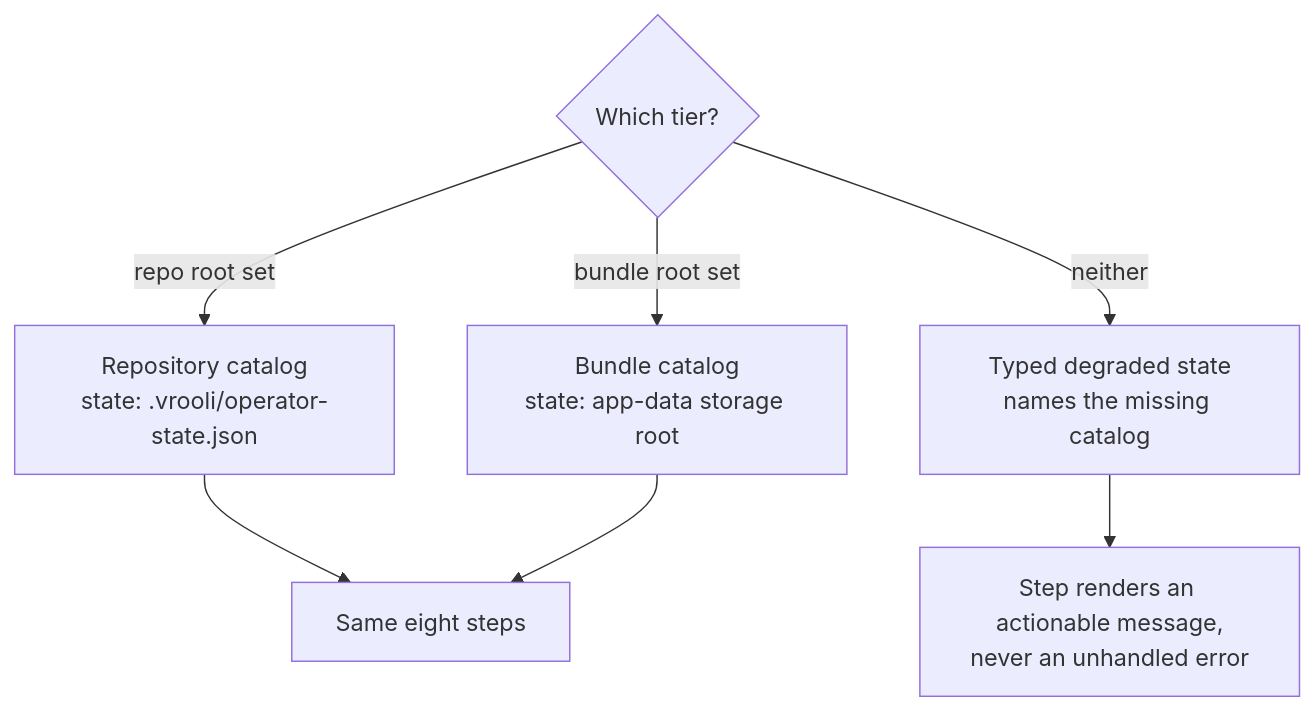
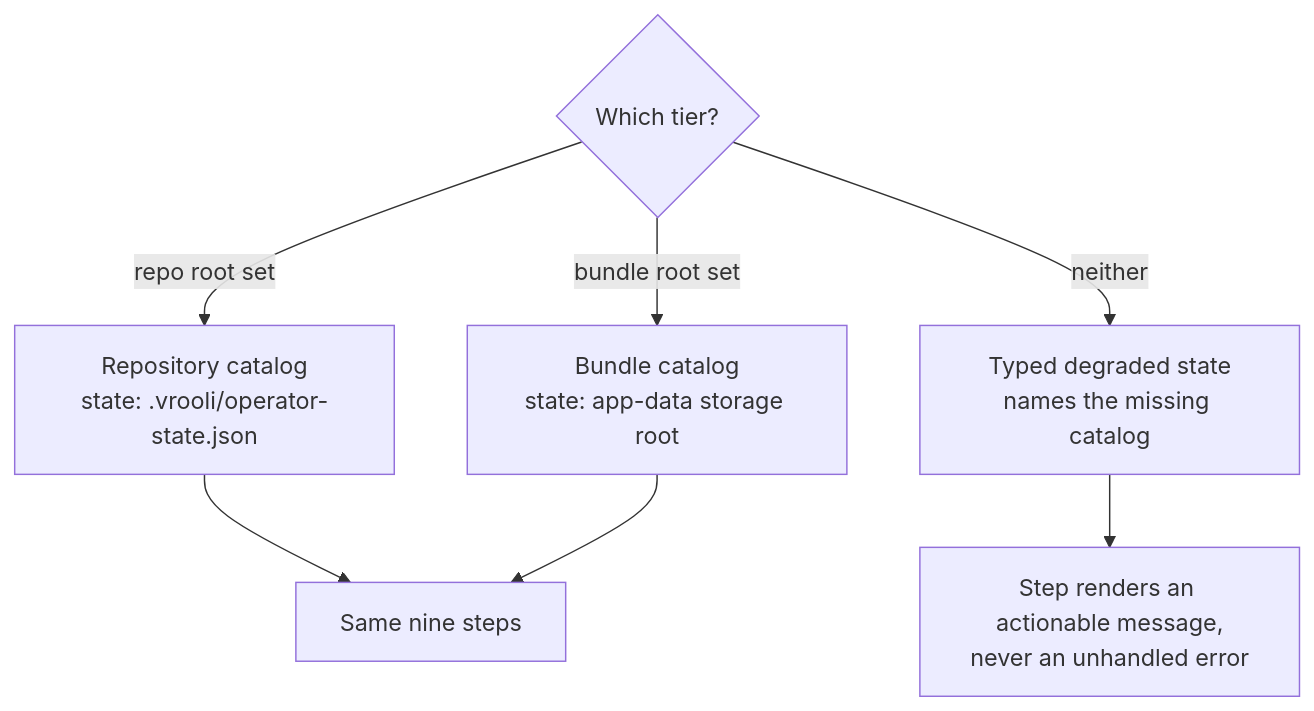
Before and after one commit to Vrooli/Vrooli: the third of 3 diagrams in scenarios/vrooli-onboarding/docs/WIZARD_FLOW.md, drawn with Mermaid. The commit also changed other lines of this file and 355 other files, not shown here.

````diff
--- a/scenarios/vrooli-onboarding/docs/WIZARD_FLOW.md
+++ b/scenarios/vrooli-onboarding/docs/WIZARD_FLOW.md
@@ -268,10 +305,10 @@
 ```mermaid
 flowchart TD
   R{"Which tier?"}
   R -->|"repo root set"| A["Repository catalog<br/>state: .vrooli/operator-state.json"]
   R -->|"bundle root set"| B["Bundle catalog<br/>state: app-data storage root"]
   R -->|"neither"| C["Typed degraded state<br/>names the missing catalog"]
-  A --> D["Same eight steps"]
+  A --> D["Same nine steps"]
   B --> D
   C --> E["Step renders an actionable message,<br/>never an unhandled error"]
 ```
````
